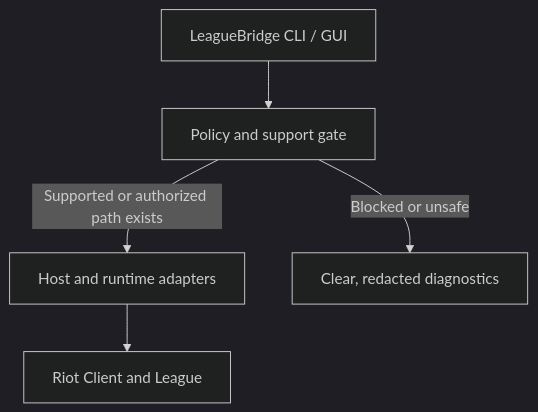
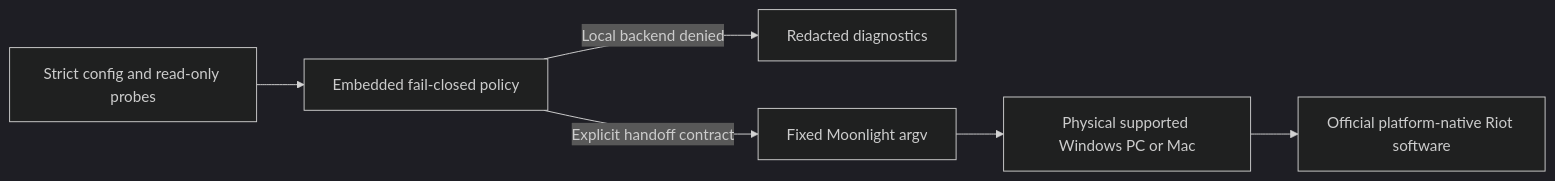
The diagram in README.md (Yunushan/leaguebridge), drawn with Mermaid (dark theme) before and after one commit. The commit also changed other lines of this file and 263 other files, not shown here.

````diff
--- a/README.md
+++ b/README.md
@@ -68,7 +327,8 @@
 ```mermaid
-flowchart TB
-    A["LeagueBridge CLI / GUI"] --> B["Policy and support gate"]
-    B -->|Supported or authorized path exists| C["Host and runtime adapters"]
-    B -->|Blocked or unsafe| D["Clear, redacted diagnostics"]
-    C --> E["Riot Client and League"]
+flowchart LR
+    A[Strict config and read-only probes] --> B[Embedded fail-closed policy]
+    B -->|Local backend denied| C[Redacted diagnostics]
+    B -->|Explicit handoff contract| D[Fixed Moonlight argv]
+    D --> E[Physical supported Windows PC or Mac]
+    E --> F[Official platform-native Riot software]
 ```
````
